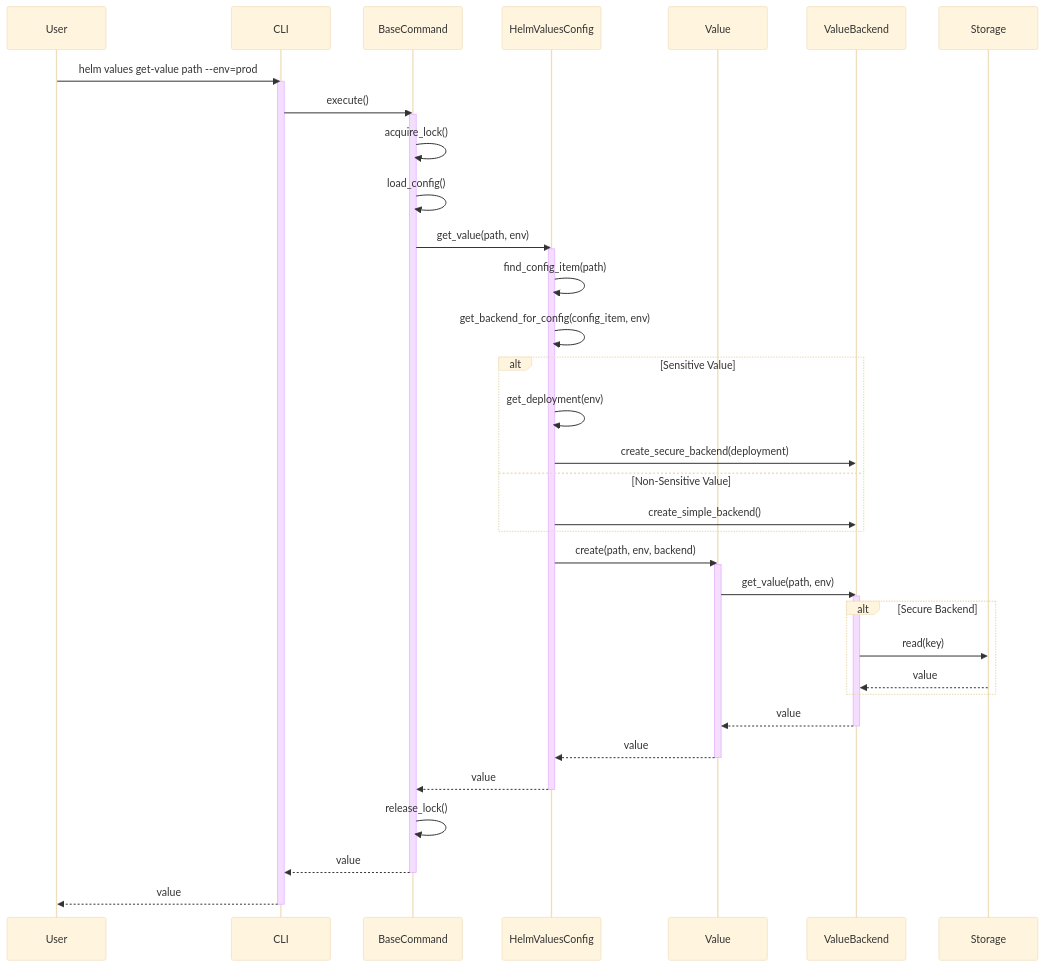
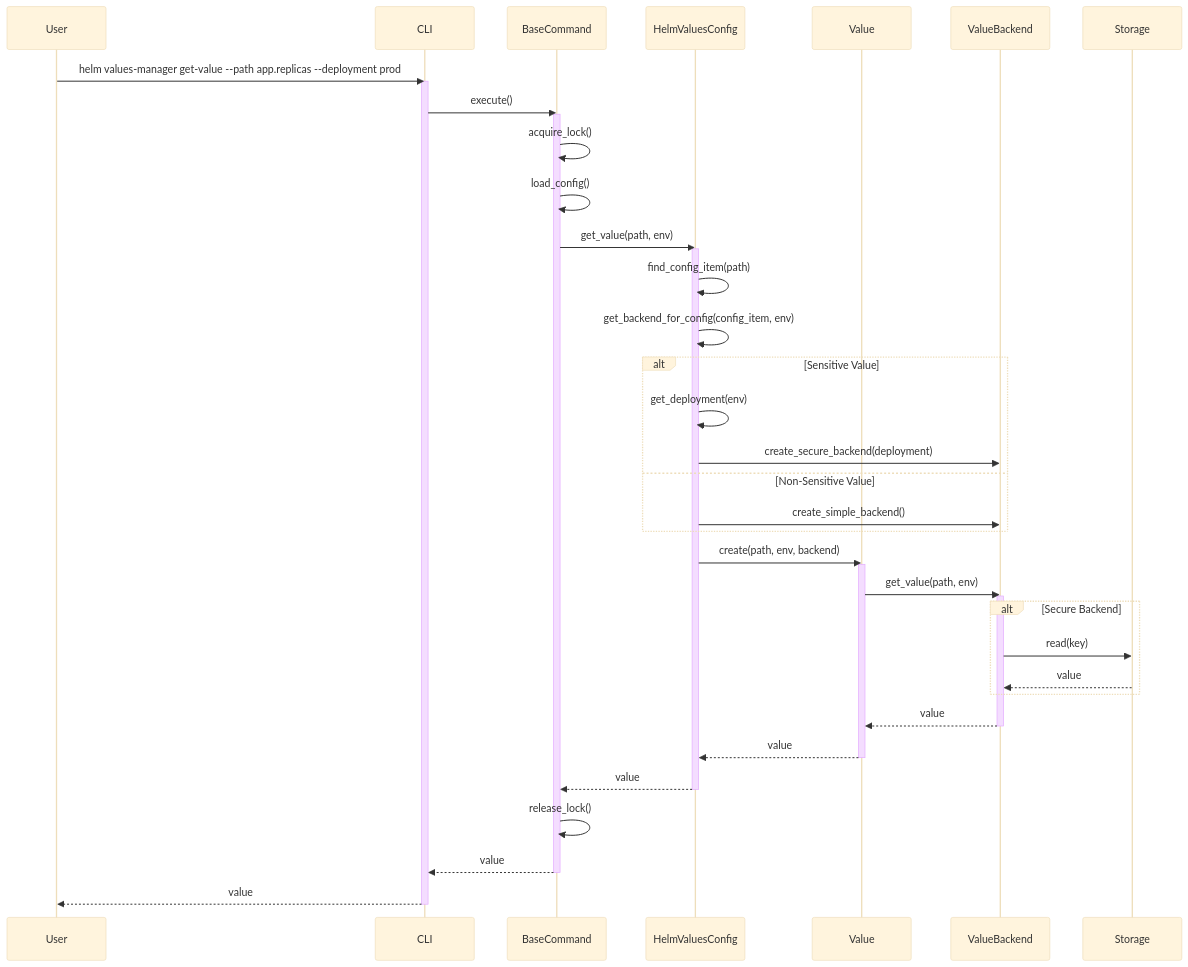
One commit to Zipstack/helm-values-manager changed the seventh of 14 diagrams in docs/Design/sequence-diagrams.md. Above: the diagram before and after it, drawn with Mermaid (base theme). The commit also changed other lines of this file, not shown here.

First line of the commit message:
docs: update sequence diagrams with correct command flags

````diff
--- a/docs/Design/sequence-diagrams.md
+++ b/docs/Design/sequence-diagrams.md
@@ -272,56 +272,56 @@
 ```mermaid
 sequenceDiagram
     participant User
     participant CLI
     participant BaseCommand
     participant HelmValuesConfig
     participant Value
     participant ValueBackend
     participant Storage
 
-    User->>CLI: helm values get-value path --env=prod
+    User->>CLI: helm values-manager get-value --path app.replicas --deployment prod
     activate CLI
 
     CLI->>BaseCommand: execute()
     activate BaseCommand
 
     BaseCommand->>BaseCommand: acquire_lock()
     BaseCommand->>BaseCommand: load_config()
     BaseCommand->>HelmValuesConfig: get_value(path, env)
     activate HelmValuesConfig
 
     HelmValuesConfig->>HelmValuesConfig: find_config_item(path)
     HelmValuesConfig->>HelmValuesConfig: get_backend_for_config(config_item, env)
 
     alt Sensitive Value
         HelmValuesConfig->>HelmValuesConfig: get_deployment(env)
         HelmValuesConfig->>ValueBackend: create_secure_backend(deployment)
     else Non-Sensitive Value
         HelmValuesConfig->>ValueBackend: create_simple_backend()
     end
 
     HelmValuesConfig->>Value: create(path, env, backend)
     activate Value
     Value->>ValueBackend: get_value(path, env)
     activate ValueBackend
 
     alt Secure Backend
         ValueBackend->>Storage: read(key)
         Storage-->>ValueBackend: value
     end
 
     ValueBackend-->>Value: value
     deactivate ValueBackend
     Value-->>HelmValuesConfig: value
     deactivate Value
 
     HelmValuesConfig-->>BaseCommand: value
     deactivate HelmValuesConfig
 
     BaseCommand->>BaseCommand: release_lock()
     BaseCommand-->>CLI: value
     deactivate BaseCommand
 
     CLI-->>User: value
     deactivate CLI
 ```
````
